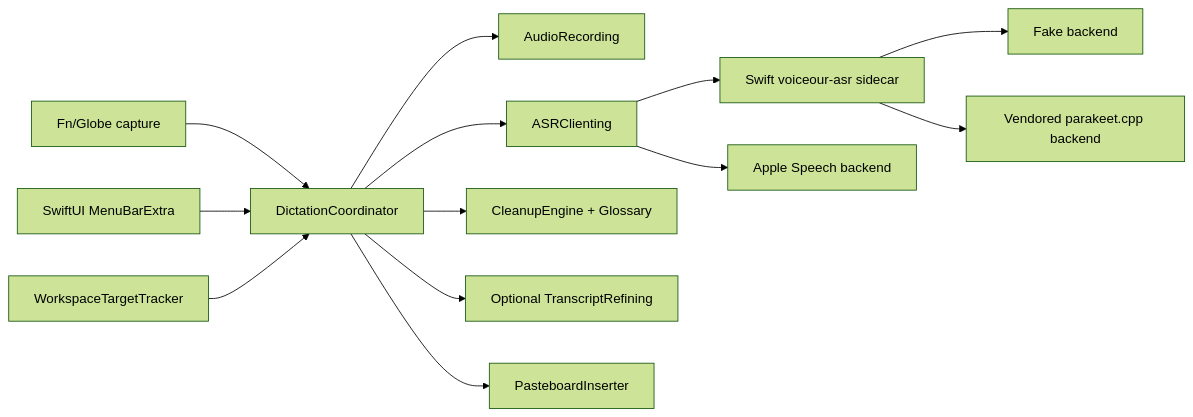
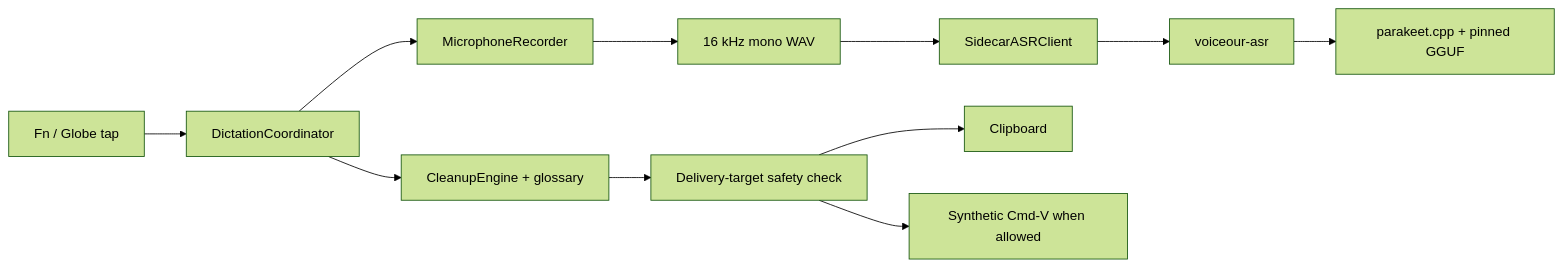
The diagram in docs/architecture.md (joswha/voiceour), drawn with Mermaid (forest theme) before and after one commit. The commit also changed other lines of this file and 155 other files, not shown here.

````diff
--- a/docs/architecture.md
+++ b/docs/architecture.md
@@ -5,15 +5,13 @@
 ```mermaid
 flowchart LR
-    Hotkey[Fn/Globe capture] --> Coordinator
-    Menu[SwiftUI MenuBarExtra] --> Coordinator
-    Coordinator[DictationCoordinator] --> Recorder[AudioRecording]
-    Coordinator --> ASR[ASRClienting]
-    Coordinator --> Cleanup[CleanupEngine + Glossary]
-    Coordinator --> Refiner[Optional TranscriptRefining]
-    Coordinator --> Inserter[PasteboardInserter]
-    Tracker[WorkspaceTargetTracker] --> Coordinator
-    ASR --> Sidecar[Swift voiceour-asr sidecar]
-    Sidecar --> Fake[Fake backend]
-    Sidecar --> Parakeet[Vendored parakeet.cpp backend]
-    ASR --> Apple[Apple Speech backend]
+    Hotkey[Fn / Globe tap] --> Coordinator[DictationCoordinator]
+    Coordinator --> Recorder[MicrophoneRecorder]
+    Recorder --> WAV[16 kHz mono WAV]
+    WAV --> Client[SidecarASRClient]
+    Client --> Sidecar[voiceour-asr]
+    Sidecar --> Model[parakeet.cpp + pinned GGUF]
+    Coordinator --> Cleanup[CleanupEngine + glossary]
+    Cleanup --> Safety[Delivery-target safety check]
+    Safety --> Clipboard[Clipboard]
+    Safety --> Paste[Synthetic Cmd-V when allowed]
 ```
````
